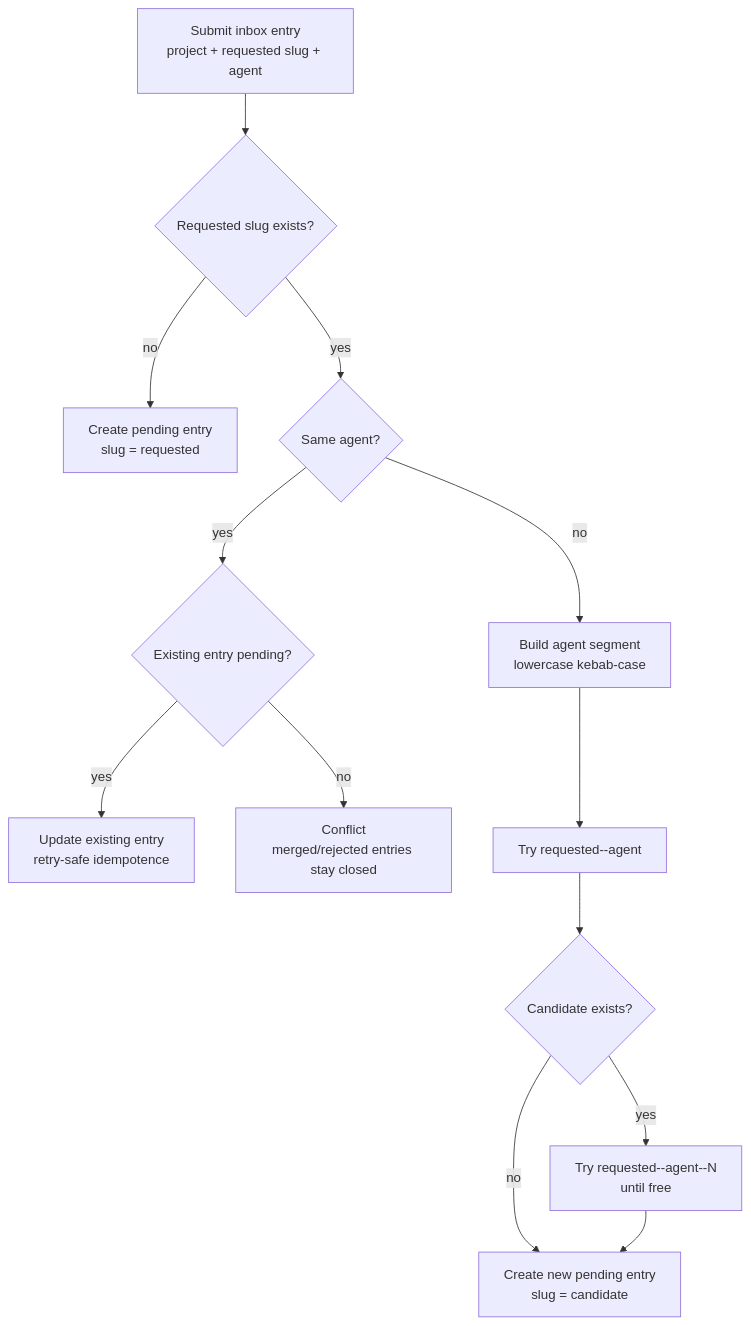
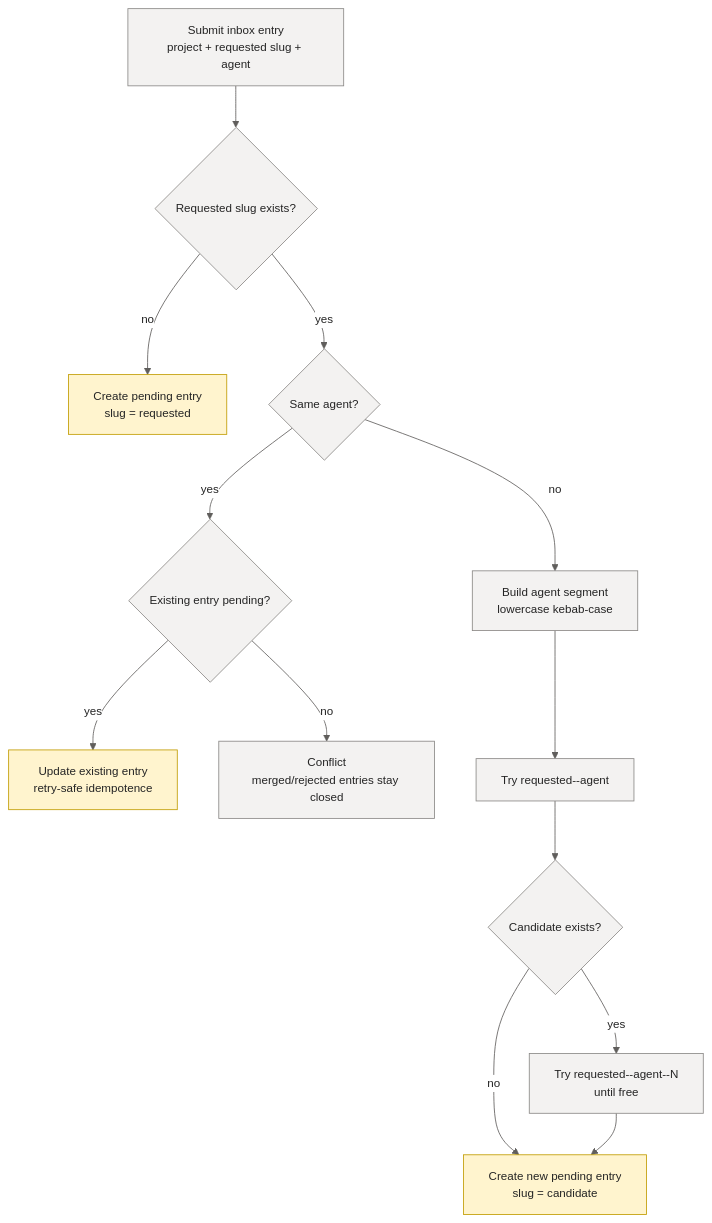
One commit to sabbour/agentweaver changed the fourth of 6 diagrams in docs/deep-dive/memory-decisions.md. Above: the diagram before and after it, drawn with Mermaid. The commit also changed other lines of this file and 13 other files, not shown here.

````diff
--- a/docs/deep-dive/memory-decisions.md
+++ b/docs/deep-dive/memory-decisions.md
@@ -199,15 +239,27 @@
 ```mermaid
+%%{init: {'theme':'base','themeVariables':{'fontFamily':'Segoe UI, system-ui, -apple-system, sans-serif','fontSize':'14px','primaryColor':'#E8EEF9','primaryBorderColor':'#0F6CBD','primaryTextColor':'#242424','lineColor':'#605E5C','clusterBkg':'#FAF9F8','clusterBorder':'#D2D0CE','edgeLabelBackground':'#FFFFFF'}}}%%
 flowchart TD
     A[Submit inbox entry\nproject + requested slug + agent] --> B{Requested slug exists?}
     B -->|no| C[Create pending entry\nslug = requested]
     B -->|yes| D{Same agent?}
     D -->|yes| E{Existing entry pending?}
     E -->|yes| F[Update existing entry\nretry-safe idempotence]
     E -->|no| G[Conflict\nmerged/rejected entries stay closed]
     D -->|no| H[Build agent segment\nlowercase kebab-case]
     H --> I[Try requested--agent]
     I --> J{Candidate exists?}
     J -->|no| K[Create new pending entry\nslug = candidate]
     J -->|yes| L[Try requested--agent--N\nuntil free]
     L --> K
+
+    classDef client fill:#E8EEF9,stroke:#0F6CBD,stroke-width:1px,color:#242424;
+    classDef svc fill:#F3F2F1,stroke:#8A8886,stroke-width:1px,color:#242424;
+    classDef core fill:#CFE4FA,stroke:#0F6CBD,stroke-width:2px,color:#242424;
+    classDef data fill:#FFF4CE,stroke:#C19C00,stroke-width:1px,color:#242424;
+    classDef ext fill:#F0E8F8,stroke:#8764B8,stroke-width:1px,color:#242424;
+    classDef runtime fill:#DDF3DD,stroke:#107C10,stroke-width:1px,color:#242424;
+    classDef evt fill:#D6F0F0,stroke:#038387,stroke-width:1px,color:#242424;
+
+    class A,B,D,E,G,H,I,J,L svc;
+    class C,F,K data;
 ```
````
